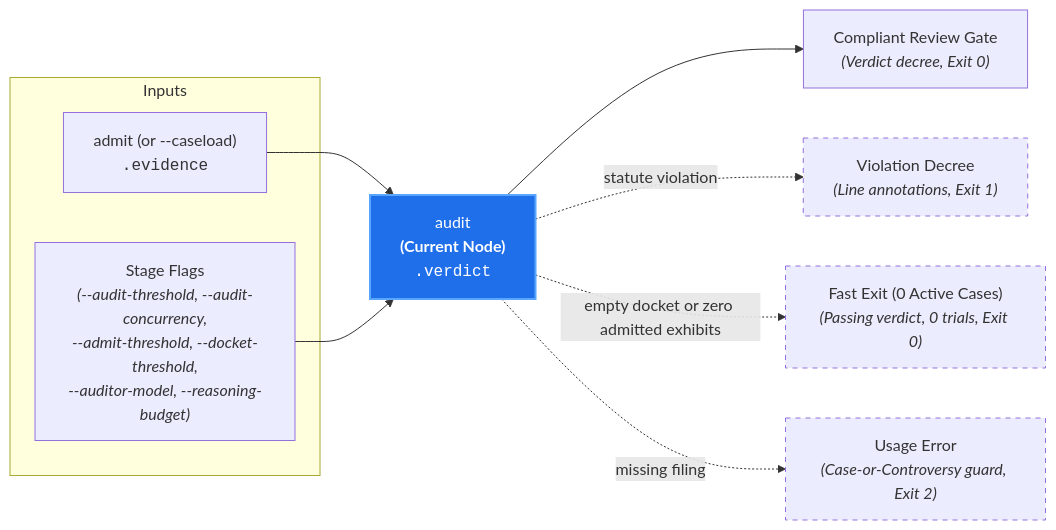
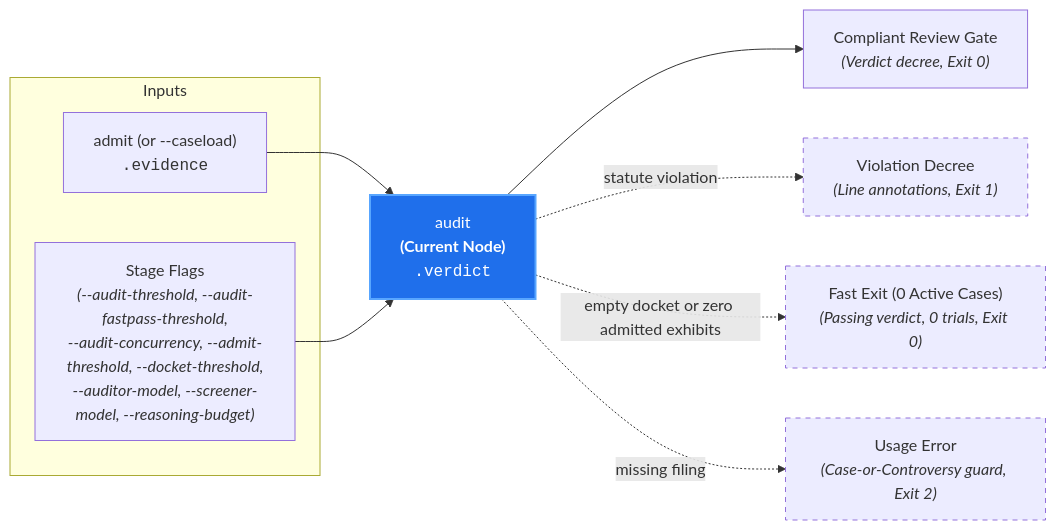
One commit to jimbojw/canon-clerk changed the diagram in docs/architecture/nodes/audit.md. Above: the diagram before and after it, drawn with Mermaid. The commit also changed other lines of this file and 8 other files, not shown here.

````diff
--- a/docs/architecture/nodes/audit.md
+++ b/docs/architecture/nodes/audit.md
@@ -22,20 +22,20 @@
 ```mermaid
 flowchart LR
     subgraph Inputs["Inputs"]
         Admit["admit (or --caseload)<br/><code>.evidence</code>"]
-        Params["Stage Flags<br/><i>(--audit-threshold, --audit-concurrency,<br/>--admit-threshold, --docket-threshold,<br/>--auditor-model, --reasoning-budget)</i>"]
+        Params["Stage Flags<br/><i>(--audit-threshold, --audit-fastpass-threshold,<br/>--audit-concurrency, --admit-threshold, --docket-threshold,<br/>--auditor-model, --screener-model, --reasoning-budget)</i>"]
     end
 
     Admit --> Audit["audit<br/><b>(Current Node)</b><br/><code>.verdict</code>"]
     Params --> Audit
 
     Audit --> Compliant["Compliant Review Gate<br/><i>(Verdict decree, Exit 0)</i>"]
     Audit -. "statute violation" .-> Violation["Violation Decree<br/><i>(Line annotations, Exit 1)</i>"]
     Audit -. "empty docket or zero admitted exhibits" .-> ZeroTrials["Fast Exit (0 Active Cases)<br/><i>(Passing verdict, 0 trials, Exit 0)</i>"]
     Audit -. "missing filing" .-> UsageError["Usage Error<br/><i>(Case-or-Controversy guard, Exit 2)</i>"]
 
     style Audit fill:#1f6feb,stroke:#58a6ff,stroke-width:2px,color:#fff
     style Violation stroke-dasharray: 5 5
     style ZeroTrials stroke-dasharray: 5 5
     style UsageError stroke-dasharray: 5 5
 ```
````
